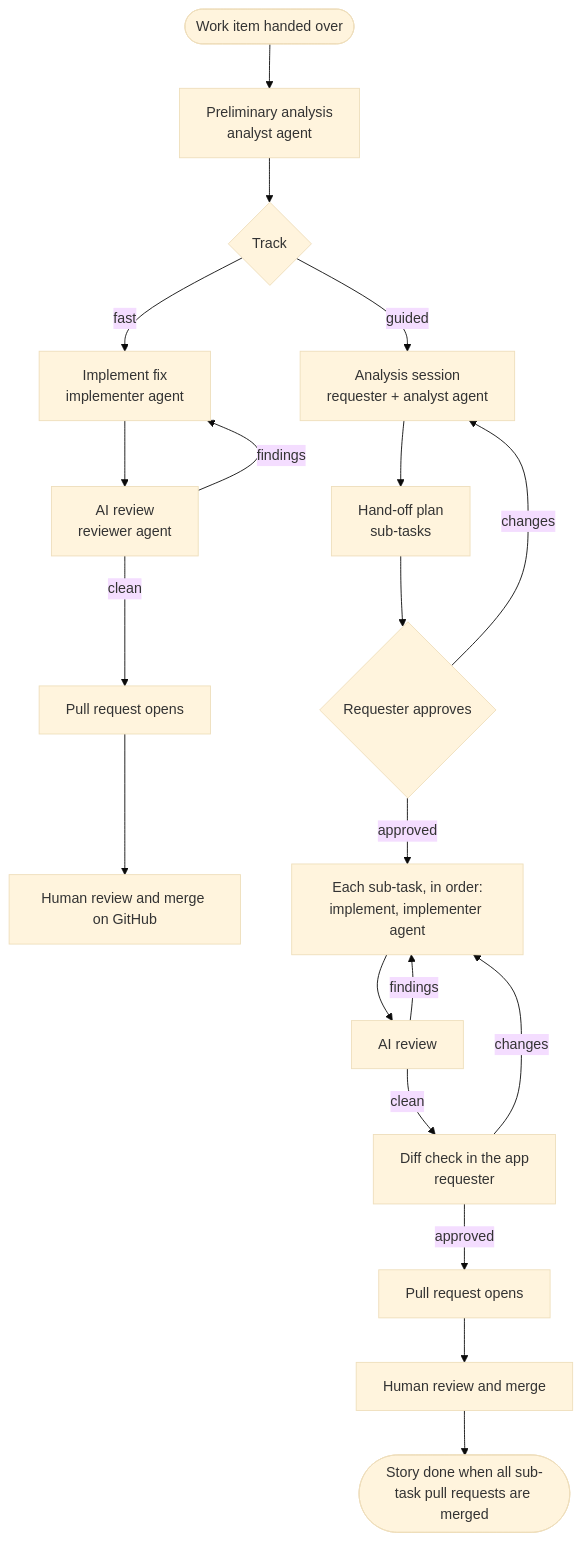
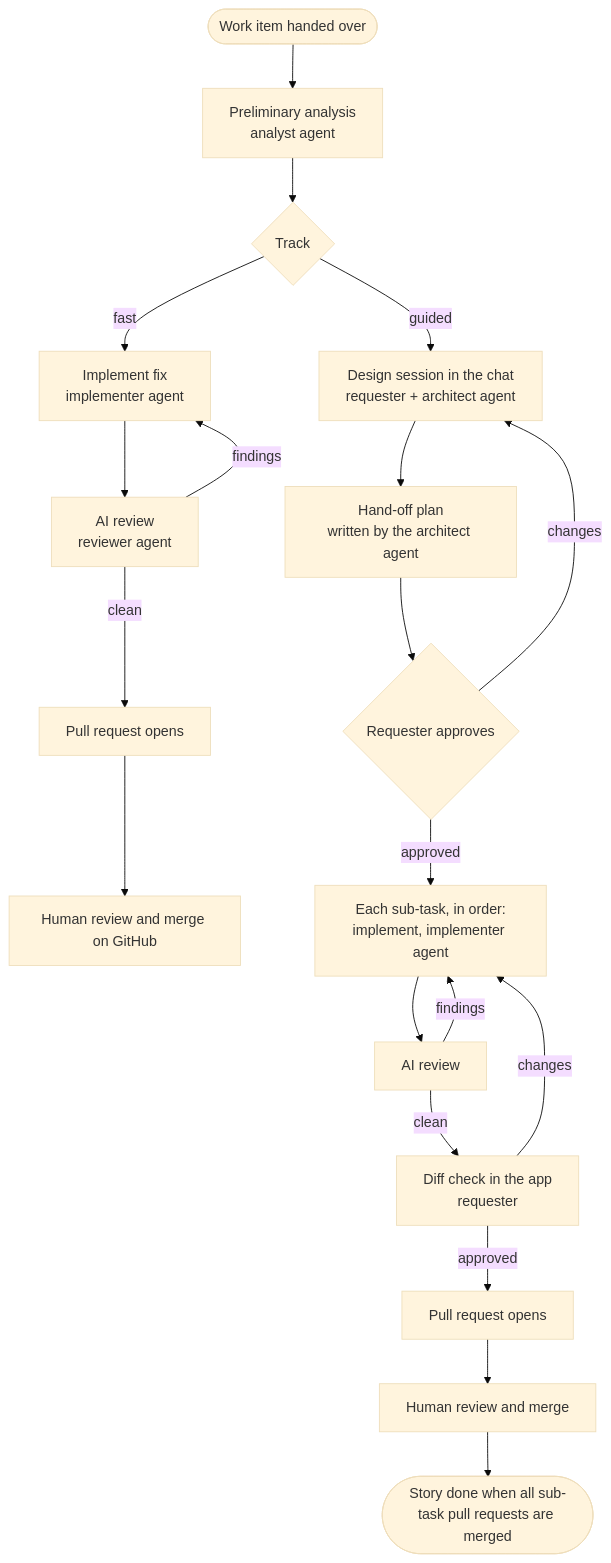
One commit to luigi-lt/orchestrator changed the diagram in docs/functional-requirements.md. Above: the diagram before and after it, drawn with Mermaid (base theme). The commit also changed other lines of this file, not shown here.

First line of the commit message:
Functional requirements v1.2: architect agent shapes the plan in the chat

````diff
--- a/docs/functional-requirements.md
+++ b/docs/functional-requirements.md
@@ -43,23 +44,23 @@
 ```mermaid
 flowchart TD
   start([Work item handed over]) --> analysis[Preliminary analysis<br/>analyst agent]
   analysis --> classify{Track}
   classify -->|fast| fix[Implement fix<br/>implementer agent]
   fix --> review1[AI review<br/>reviewer agent]
   review1 -->|findings| fix
   review1 -->|clean| pr1[Pull request opens]
   pr1 --> human1[Human review and merge on GitHub]
 
-  classify -->|guided| session[Analysis session<br/>requester + analyst agent]
-  session --> handoff[Hand-off plan<br/>sub-tasks]
+  classify -->|guided| session[Design session in the chat<br/>requester + architect agent]
+  session --> handoff[Hand-off plan<br/>written by the architect agent]
   handoff --> approve{Requester approves}
   approve -->|changes| session
   approve -->|approved| impl[Each sub-task, in order:<br/>implement, implementer agent]
   impl --> review2[AI review]
   review2 -->|findings| impl
   review2 -->|clean| check[Diff check in the app<br/>requester]
   check -->|changes| impl
   check -->|approved| pr2[Pull request opens]
   pr2 --> human2[Human review and merge]
   human2 --> done([Story done when all sub-task pull requests are merged])
 ```
````
